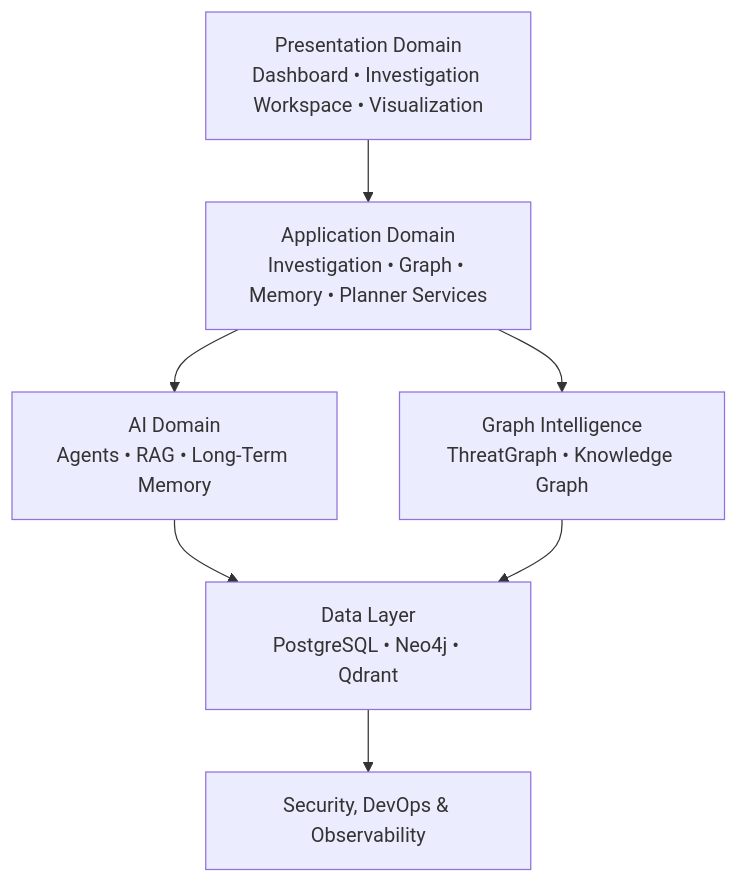
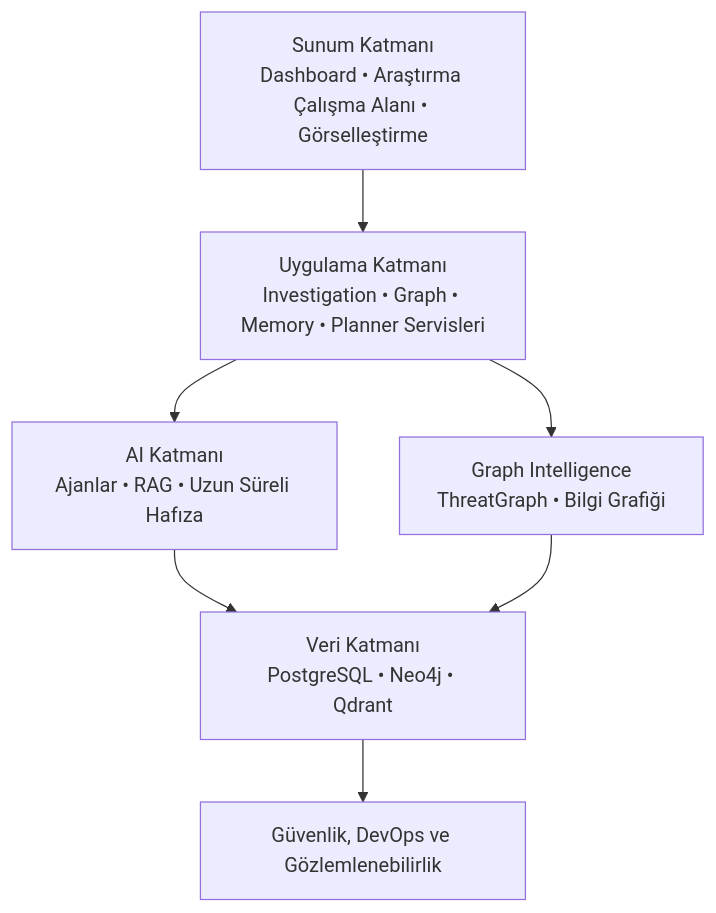
The diagram in README.md (koraayoztuurk/SentinelAI), drawn with Mermaid before and after one commit. The commit also changed other lines of this file and 3 other files, not shown here.

````diff
--- a/README.md
+++ b/README.md
@@ -87,25 +104,25 @@
 ```mermaid
 flowchart TB
 
-    U["Presentation Domain<br/>Dashboard • Investigation Workspace • Visualization"]
+    U["Sunum Katmanı<br/>Dashboard • Araştırma Çalışma Alanı • Görselleştirme"]
 
-    A["Application Domain<br/>Investigation • Graph • Memory • Planner Services"]
+    A["Uygulama Katmanı<br/>Investigation • Graph • Memory • Planner Servisleri"]
 
-    AI["AI Domain<br/>Agents • RAG • Long-Term Memory"]
+    AI["AI Katmanı<br/>Ajanlar • RAG • Uzun Süreli Hafıza"]
 
-    G["Graph Intelligence<br/>ThreatGraph • Knowledge Graph"]
+    G["Graph Intelligence<br/>ThreatGraph • Bilgi Grafiği"]
 
-    D["Data Layer<br/>PostgreSQL • Neo4j • Qdrant"]
+    D["Veri Katmanı<br/>PostgreSQL • Neo4j • Qdrant"]
 
-    S["Security, DevOps & Observability"]
+    S["Güvenlik, DevOps ve Gözlemlenebilirlik"]
 
     U --> A
 
     A --> AI
     A --> G
 
     AI --> D
     G --> D
 
     D --> S
 ```
````
